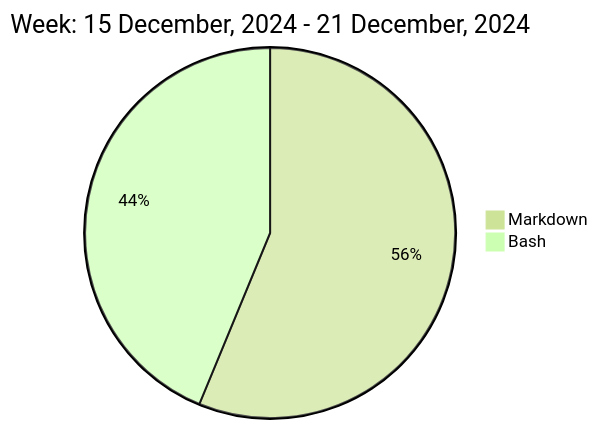
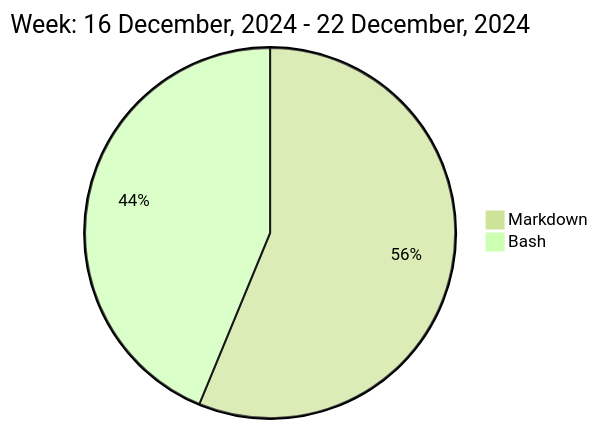
The diagram in README.md (liubin95/liubin95), drawn with Mermaid (forest theme) before and after one commit.

Commit message:
Updated the Graph with new Metrics

````diff
--- a/README.md
+++ b/README.md
@@ -37,6 +37,6 @@
 ```mermaid
  pie
-title Week: 15 December, 2024 - 21 December, 2024
+title Week: 16 December, 2024 - 22 December, 2024
  "Markdown" : 3.02
  "Bash" : 2.35
 ```
````
